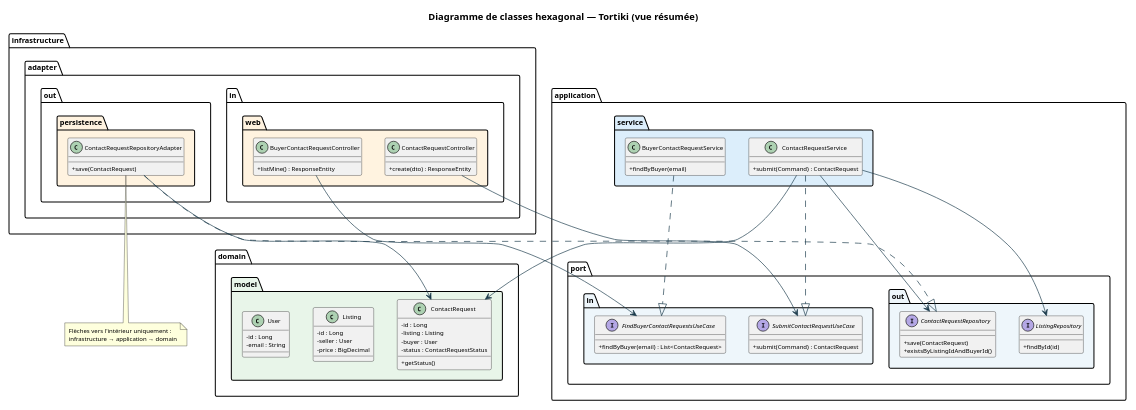
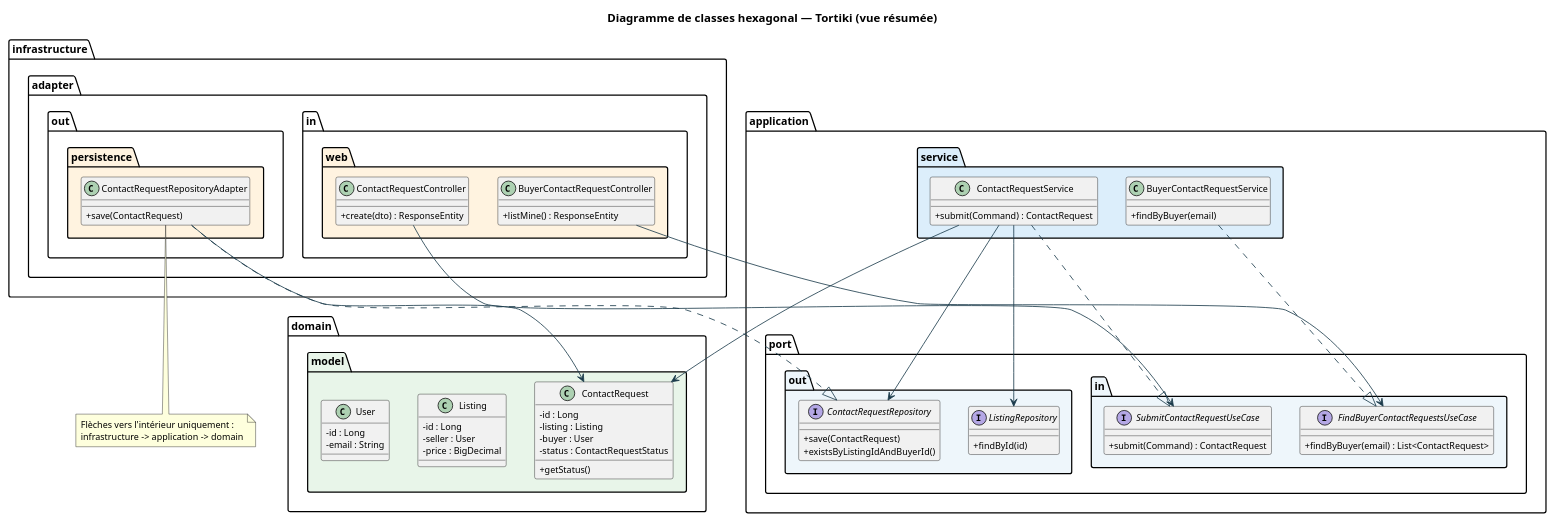
The diagram in docs/Diagramme_Classes_Hexagonal_Tortiki.puml (jferminh/tortiki-api), drawn with PlantUML before and after one commit. The commit also changed 8 other files, not shown here.

Commit message:
docs(cda): dossier projet ajoute de diagrammes

```diff
--- a/docs/Diagramme_Classes_Hexagonal_Tortiki.puml
+++ b/docs/Diagramme_Classes_Hexagonal_Tortiki.puml
@@ -1,100 +1,105 @@
 @startuml Diagramme_Classes_Hexagonal_Tortiki
-'== A4 portrait ==
+'== A4 portrait — disposition verticale ==
 skinparam pageWidth 210mm
 skinparam pageMargin 10
 skinparam dpi 150
-scale max 800 width
+scale max 1100 width
 skinparam backgroundColor #FFFFFF
-skinparam defaultFontSize 9
+skinparam defaultFontSize 11
 skinparam shadowing false
 skinparam classAttributeIconSize 0
 
+top to bottom direction
+
 skinparam class {
-  FontSize 9
+  FontSize 11
   ArrowColor #1B3A4B
 }
 skinparam package {
   FontStyle bold
-  FontSize 11
+  FontSize 13
 }
 
 title Diagramme de classes hexagonal — Tortiki (vue résumée)
+
+package "infrastructure.adapter.in.web" #FFF3E0 {
+  class ContactRequestController {
+    +create(dto) : ResponseEntity
+  }
+  class BuyerContactRequestController {
+    +listMine() : ResponseEntity
+  }
+}
+
+package "application.port.in" #EEF6FB {
+  interface SubmitContactRequestUseCase {
+    +submit(Command) : ContactRequest
+  }
+  interface FindBuyerContactRequestsUseCase {
+    +findByBuyer(email) : List<ContactRequest>
+  }
+}
+
+package "application.service" #DCEEFB {
+  class ContactRequestService {
+    +submit(Command) : ContactRequest
+  }
+  class BuyerContactRequestService {
+    +findByBuyer(email)
+  }
+}
+
+package "application.port.out" #EEF6FB {
+  interface ContactRequestRepository {
+    +save(ContactRequest)
+    +existsByListingIdAndBuyerId()
+  }
+  interface ListingRepository {
+    +findById(id)
+  }
+}
 
 package "domain.model" #E8F5E9 {
   class ContactRequest {
     -id : Long
     -listing : Listing
     -buyer : User
     -status : ContactRequestStatus
     +getStatus()
   }
   class Listing {
     -id : Long
     -seller : User
     -price : BigDecimal
   }
   class User {
     -id : Long
     -email : String
   }
 }
 
-package "application.port.in" #EEF6FB {
-  interface SubmitContactRequestUseCase {
-    +submit(Command) : ContactRequest
-  }
-  interface FindBuyerContactRequestsUseCase {
-    +findByBuyer(email) : List<ContactRequest>
-  }
-}
-
-package "application.port.out" #EEF6FB {
-  interface ContactRequestRepository {
-    +save(ContactRequest)
-    +existsByListingIdAndBuyerId()
-  }
-  interface ListingRepository {
-    +findById(id)
-  }
-}
-
-package "application.service" #DCEEFB {
-  class ContactRequestService {
-    +submit(Command) : ContactRequest
-  }
-  class BuyerContactRequestService {
-    +findByBuyer(email)
-  }
-}
-
-package "infrastructure.adapter.in.web" #FFF3E0 {
-  class ContactRequestController {
-    +create(dto) : ResponseEntity
-  }
-  class BuyerContactRequestController {
-    +listMine() : ResponseEntity
-  }
-}
-
 package "infrastructure.adapter.out.persistence" #FFF3E0 {
   class ContactRequestRepositoryAdapter {
     +save(ContactRequest)
   }
 }
 
+ContactRequestController --> SubmitContactRequestUseCase
+BuyerContactRequestController --> FindBuyerContactRequestsUseCase
+
 ContactRequestService ..|> SubmitContactRequestUseCase
 BuyerContactRequestService ..|> FindBuyerContactRequestsUseCase
+
 ContactRequestService --> ContactRequestRepository
 ContactRequestService --> ListingRepository
 ContactRequestService --> ContactRequest
-ContactRequestController --> SubmitContactRequestUseCase
-BuyerContactRequestController --> FindBuyerContactRequestsUseCase
+
 ContactRequestRepositoryAdapter ..|> ContactRequestRepository
 ContactRequestRepositoryAdapter --> ContactRequest
 
 note bottom
   Flèches vers l'intérieur uniquement :
-  infrastructure → application → domain
+  infrastructure -> application -> domain
 end note
 
 @enduml
```
